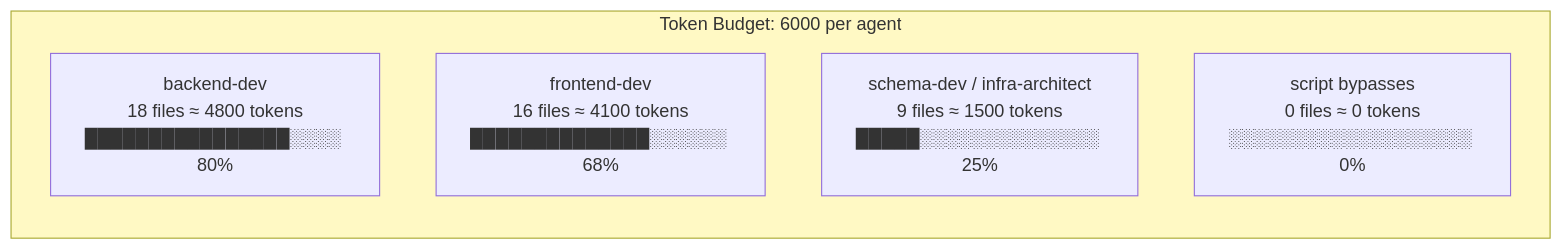
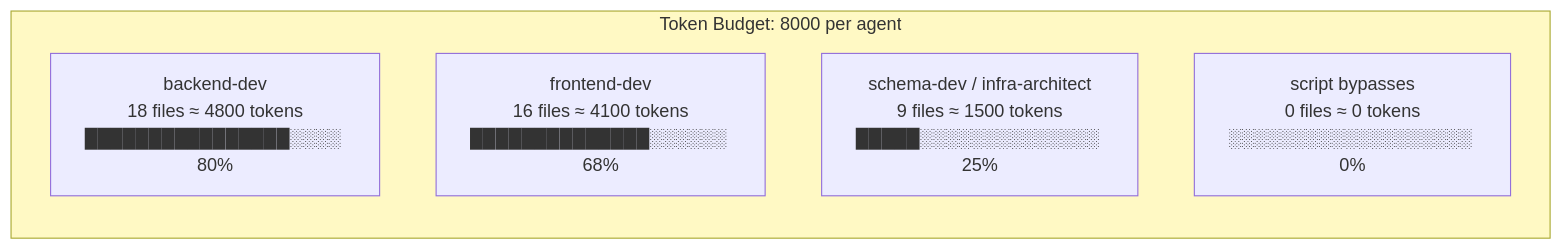
The fourth of 6 diagrams in tools/autonomous-factory/docs/03-apm-context.md (RomanKaliupinMelonusa/DAGent-t), drawn with Mermaid before and after one commit. The commit also changed other lines of this file and 8 other files, not shown here.

````diff
--- a/tools/autonomous-factory/docs/03-apm-context.md
+++ b/tools/autonomous-factory/docs/03-apm-context.md
@@ -285,12 +285,12 @@
 ```mermaid
 flowchart LR
-    subgraph BUDGET["Token Budget: 6000 per agent"]
+    subgraph BUDGET["Token Budget: 8000 per agent"]
         direction TB
         B1["backend-dev\n18 files ≈ 4800 tokens\n████████████████░░░░ 80%"]
         B2["frontend-dev\n16 files ≈ 4100 tokens\n██████████████░░░░░░ 68%"]
         B3["schema-dev / infra-architect\n9 files ≈ 1500 tokens\n█████░░░░░░░░░░░░░░ 25%"]
         B4["script bypasses\n0 files ≈ 0 tokens\n░░░░░░░░░░░░░░░░░░░ 0%"]
     end
 
     style BUDGET fill:#fff9c4
 ```
````
